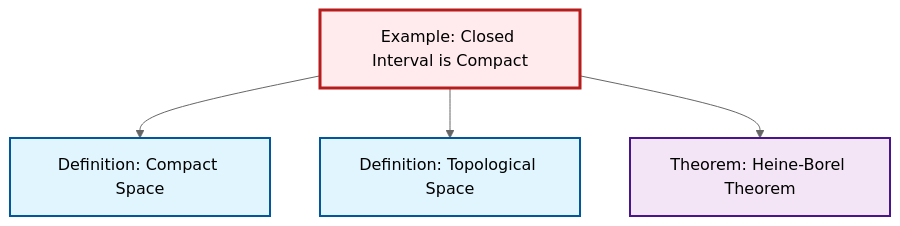
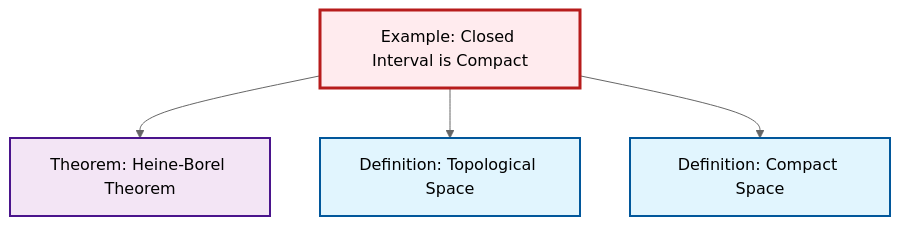
The diagram in output/mermaid/ex-closed-interval-compact.mermaid (RK0429/ModernMath), drawn with Mermaid (neutral theme) before and after one commit. The commit also changed other lines of this file and 1112 other files, not shown here.

````diff
--- a/output/mermaid/ex-closed-interval-compact.mermaid
+++ b/output/mermaid/ex-closed-interval-compact.mermaid
@@ -1,17 +1,17 @@
 ```{mermaid}
 %%| fig-cap: "Local dependency graph"
 graph TD
     classDef definition fill:#e1f5fe,stroke:#01579b,stroke-width:2px
     classDef theorem fill:#f3e5f5,stroke:#4a148c,stroke-width:2px
     classDef axiom fill:#fff3e0,stroke:#e65100,stroke-width:2px
     classDef example fill:#e8f5e9,stroke:#1b5e20,stroke-width:2px
     classDef current fill:#ffebee,stroke:#b71c1c,stroke-width:3px
+    ex-closed-interval-compact["Example: Closed Interval is Compact"]:::example
     thm-heine-borel["Theorem: Heine-Borel Theorem"]:::theorem
-    ex-closed-interval-compact["Example: Closed Interval is Compact"]:::example
+    def-topological-space["Definition: Topological Space"]:::definition
     def-compact["Definition: Compact Space"]:::definition
-    def-topological-space["Definition: Topological Space"]:::definition
+    ex-closed-interval-compact --> thm-heine-borel
+    ex-closed-interval-compact --> def-topological-space
     ex-closed-interval-compact --> def-compact
-    ex-closed-interval-compact --> def-topological-space
-    ex-closed-interval-compact --> thm-heine-borel
     class ex-closed-interval-compact current
 ```
````
